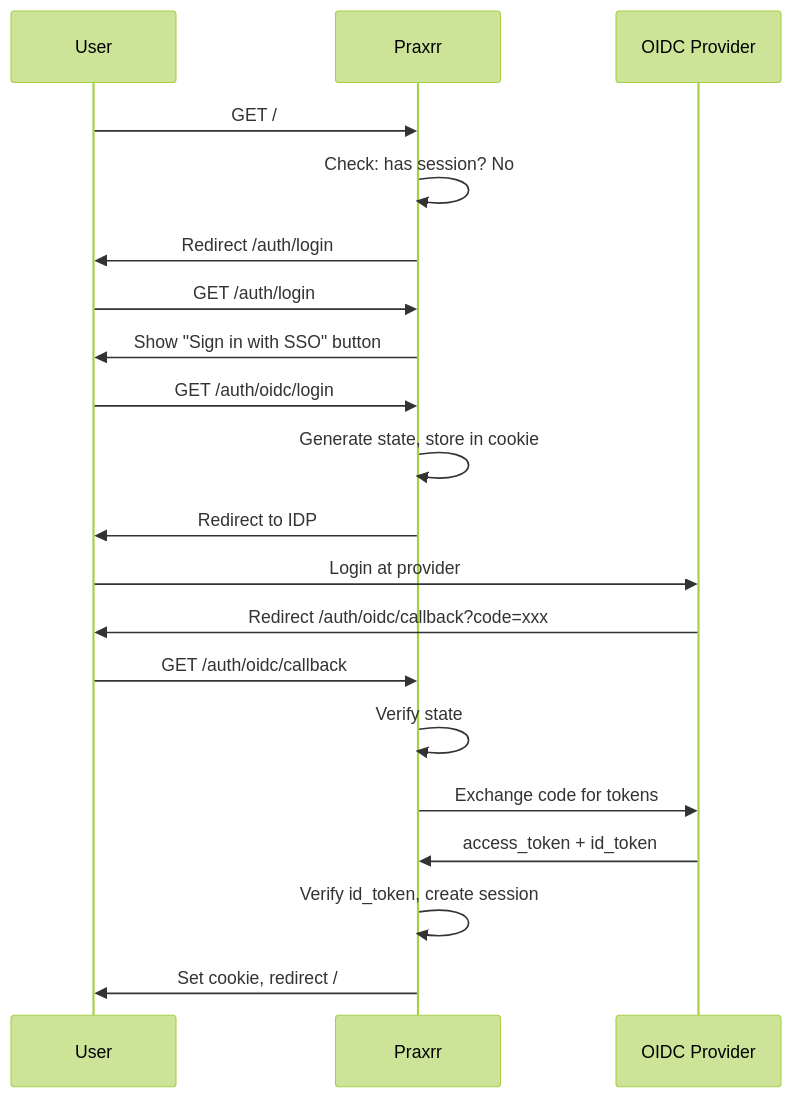
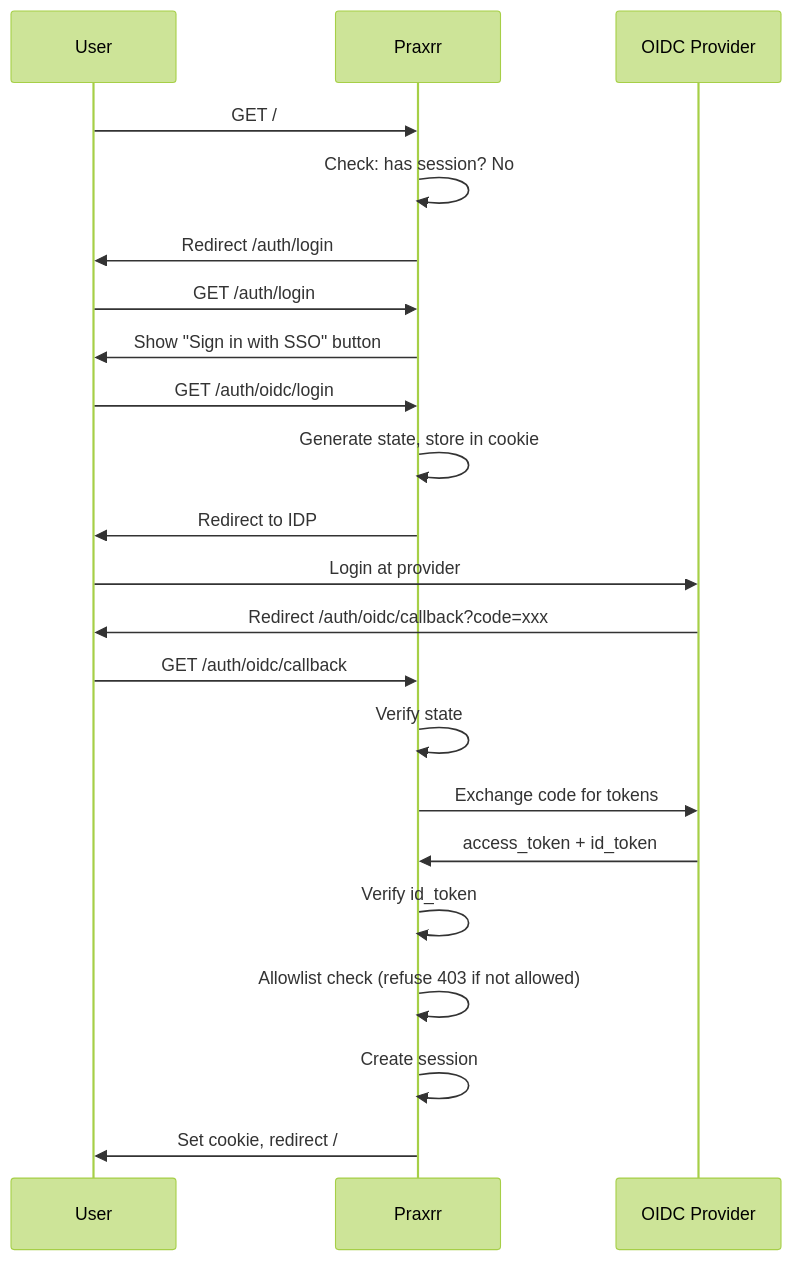
One commit to yandy-r/praxrr changed the sixth of 7 diagrams in packages/praxrr-app/src/lib/server/utils/auth/README.md. Above: the diagram before and after it, drawn with Mermaid (forest theme). The commit also changed other lines of this file and 22 other files, not shown here.

````diff
--- a/packages/praxrr-app/src/lib/server/utils/auth/README.md
+++ b/packages/praxrr-app/src/lib/server/utils/auth/README.md
@@ -136,23 +136,25 @@
 ```mermaid
 sequenceDiagram
     participant U as User
     participant P as Praxrr
     participant IDP as OIDC Provider
 
     U->>P: GET /
     P->>P: Check: has session? No
     P->>U: Redirect /auth/login
     U->>P: GET /auth/login
     P->>U: Show "Sign in with SSO" button
     U->>P: GET /auth/oidc/login
     P->>P: Generate state, store in cookie
     P->>U: Redirect to IDP
     U->>IDP: Login at provider
     IDP->>U: Redirect /auth/oidc/callback?code=xxx
     U->>P: GET /auth/oidc/callback
     P->>P: Verify state
     P->>IDP: Exchange code for tokens
     IDP->>P: access_token + id_token
-    P->>P: Verify id_token, create session
+    P->>P: Verify id_token
+    P->>P: Allowlist check (refuse 403 if not allowed)
+    P->>P: Create session
     P->>U: Set cookie, redirect /
 ```
````
